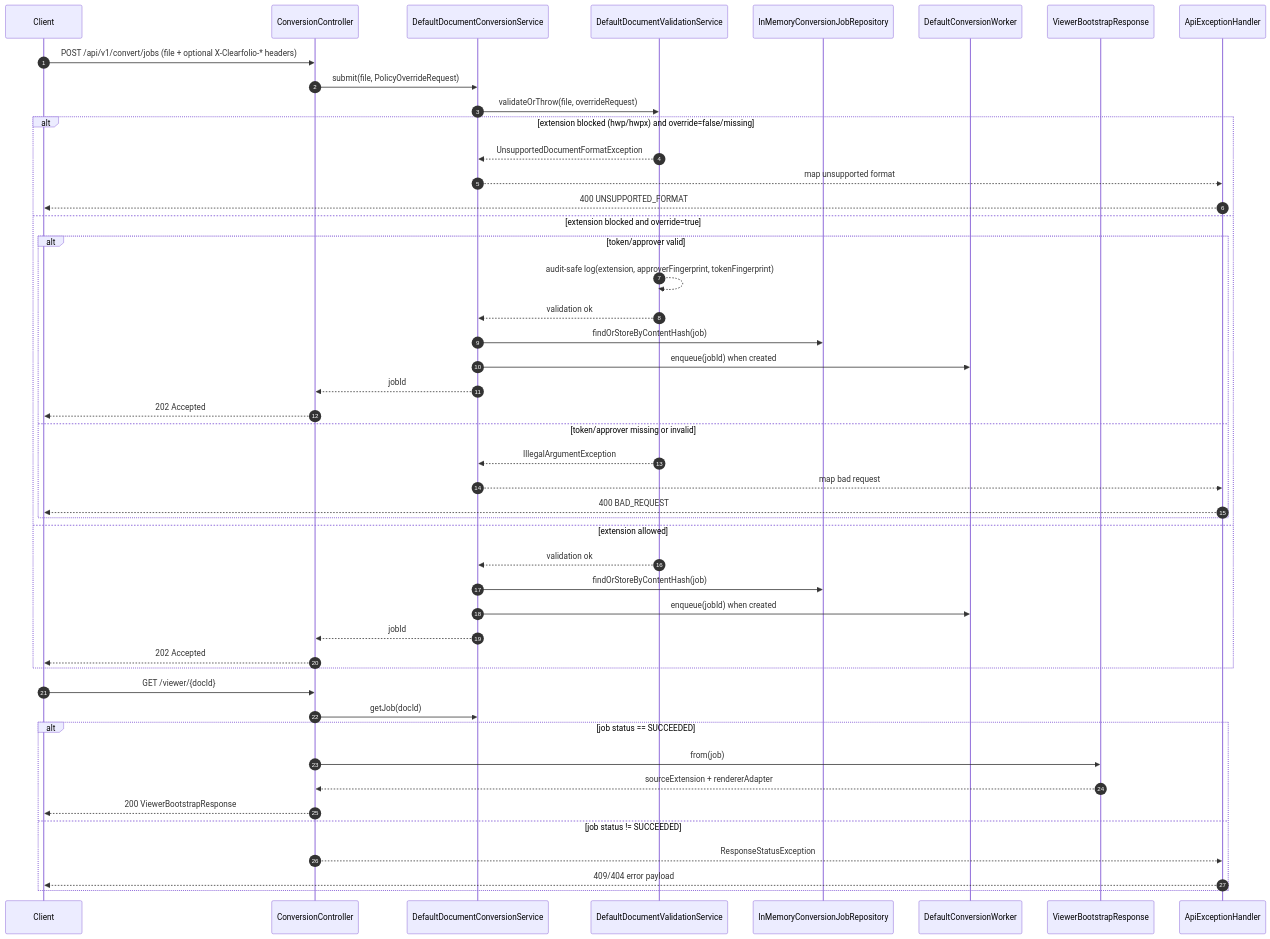
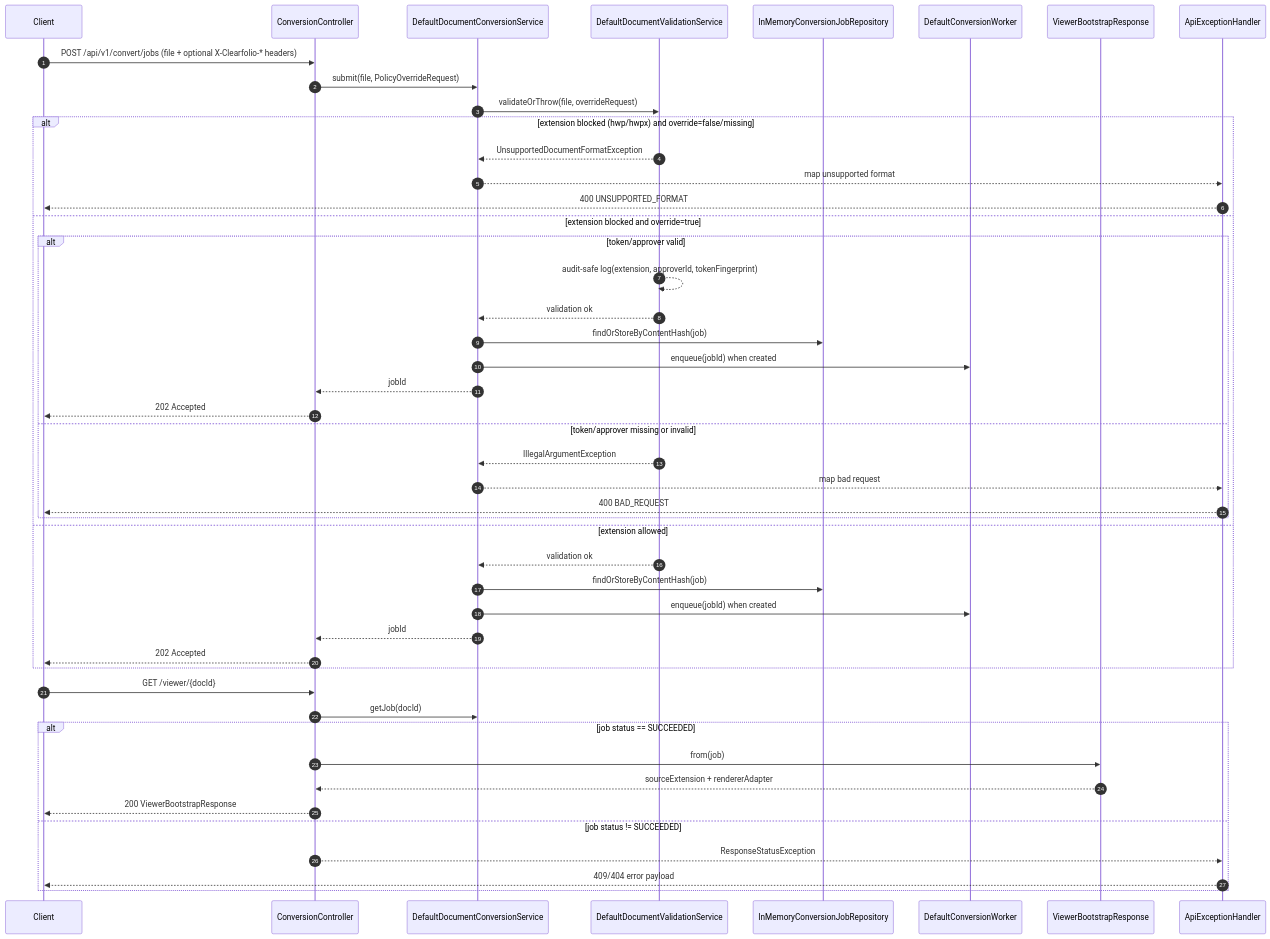
The diagram in docs/diagrams/submit-policy-adapter-flow.md (ContextualWisdomLab/clearfolio), drawn with Mermaid before and after one commit. The commit also changed other lines of this file and 70 other files, not shown here.

````diff
--- a/docs/diagrams/submit-policy-adapter-flow.md
+++ b/docs/diagrams/submit-policy-adapter-flow.md
@@ -10,52 +10,52 @@
 ```mermaid
 sequenceDiagram
   autonumber
   participant C as Client
   participant Ctl as ConversionController
   participant Svc as DefaultDocumentConversionService
   participant Val as DefaultDocumentValidationService
   participant Repo as InMemoryConversionJobRepository
   participant W as DefaultConversionWorker
   participant View as ViewerBootstrapResponse
   participant EH as ApiExceptionHandler
 
   C->>Ctl: POST /api/v1/convert/jobs (file + optional X-Clearfolio-* headers)
   Ctl->>Svc: submit(file, PolicyOverrideRequest)
   Svc->>Val: validateOrThrow(file, overrideRequest)
 
   alt extension blocked (hwp/hwpx) and override=false/missing
     Val-->>Svc: UnsupportedDocumentFormatException
     Svc-->>EH: map unsupported format
     EH-->>C: 400 UNSUPPORTED_FORMAT
   else extension blocked and override=true
     alt token/approver valid
-      Val-->>Val: audit-safe log(extension, approverFingerprint, tokenFingerprint)
+      Val-->>Val: audit-safe log(extension, approverId, tokenFingerprint)
       Val-->>Svc: validation ok
       Svc->>Repo: findOrStoreByContentHash(job)
       Svc->>W: enqueue(jobId) when created
       Svc-->>Ctl: jobId
       Ctl-->>C: 202 Accepted
     else token/approver missing or invalid
       Val-->>Svc: IllegalArgumentException
       Svc-->>EH: map bad request
       EH-->>C: 400 BAD_REQUEST
     end
   else extension allowed
     Val-->>Svc: validation ok
     Svc->>Repo: findOrStoreByContentHash(job)
     Svc->>W: enqueue(jobId) when created
     Svc-->>Ctl: jobId
     Ctl-->>C: 202 Accepted
   end
 
   C->>Ctl: GET /viewer/{docId}
   Ctl->>Svc: getJob(docId)
   alt job status == SUCCEEDED
     Ctl->>View: from(job)
     View-->>Ctl: sourceExtension + rendererAdapter
     Ctl-->>C: 200 ViewerBootstrapResponse
   else job status != SUCCEEDED
     Ctl-->>EH: ResponseStatusException
     EH-->>C: 409/404 error payload
   end
 ```
````
